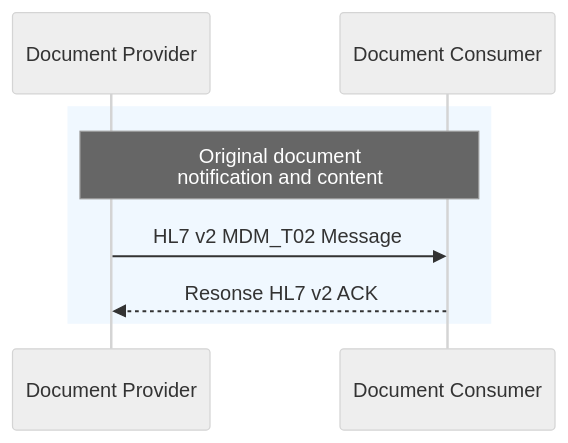
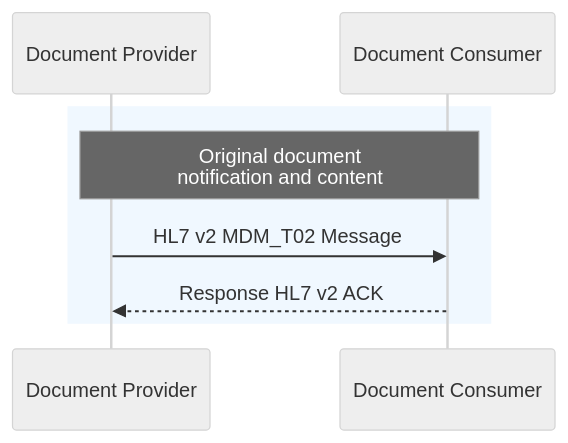
The fourth of 4 diagrams in input/pagecontent/MHD.md (nw-gmsa/nw-gmsa.github.com), drawn with Mermaid (neutral theme) before and after one commit.

Commit message:
Reduced amount of documentation being publicaly exposed

````diff
--- a/input/pagecontent/MHD.md
+++ b/input/pagecontent/MHD.md
@@ -161,11 +161,11 @@
 ```mermaid
 sequenceDiagram
     participant Provider as Document Provider
     participant Consumer as Document Consumer
 
     rect rgb(240, 248, 255)
     Note over Consumer,Provider:Original document <br/>notification and content
     Provider->>Consumer: HL7 v2 MDM_T02 Message
-    Consumer-->>Provider: Resonse HL7 v2 ACK
+    Consumer-->>Provider: Response HL7 v2 ACK
     end
 ```
````
